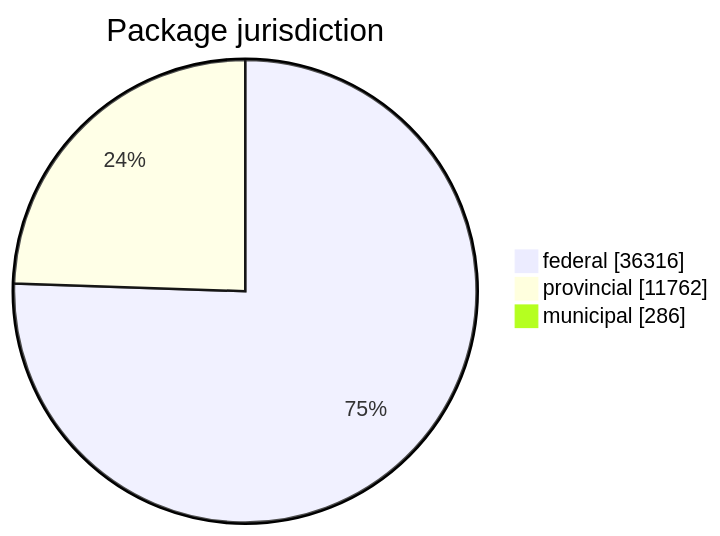
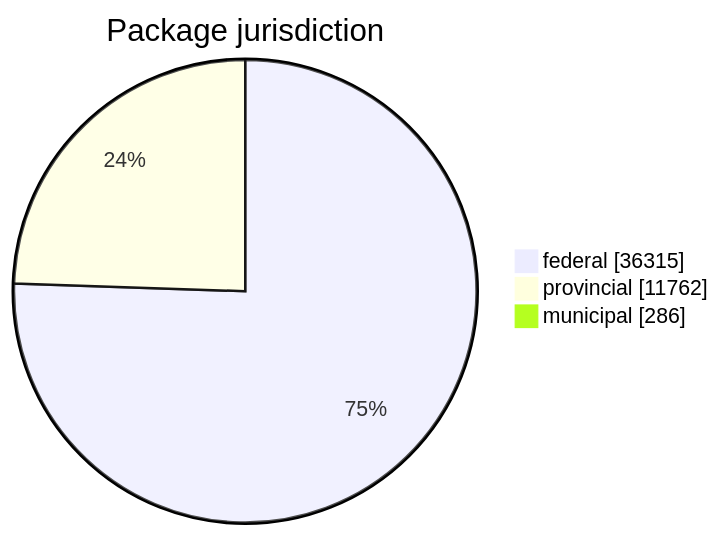
The first of 5 diagrams in FreshCheck/README.md (open-data/analytics-corporate-reporting), drawn with Mermaid before and after one commit. The commit also changed other lines of this file and 3 other files, not shown here.

````diff
--- a/FreshCheck/README.md
+++ b/FreshCheck/README.md
@@ -60,6 +60,6 @@
 ```mermaid
 pie showData title Package jurisdiction
-    "federal": 36316
+    "federal": 36315
     "provincial": 11762
     "municipal": 286
 ```
````
